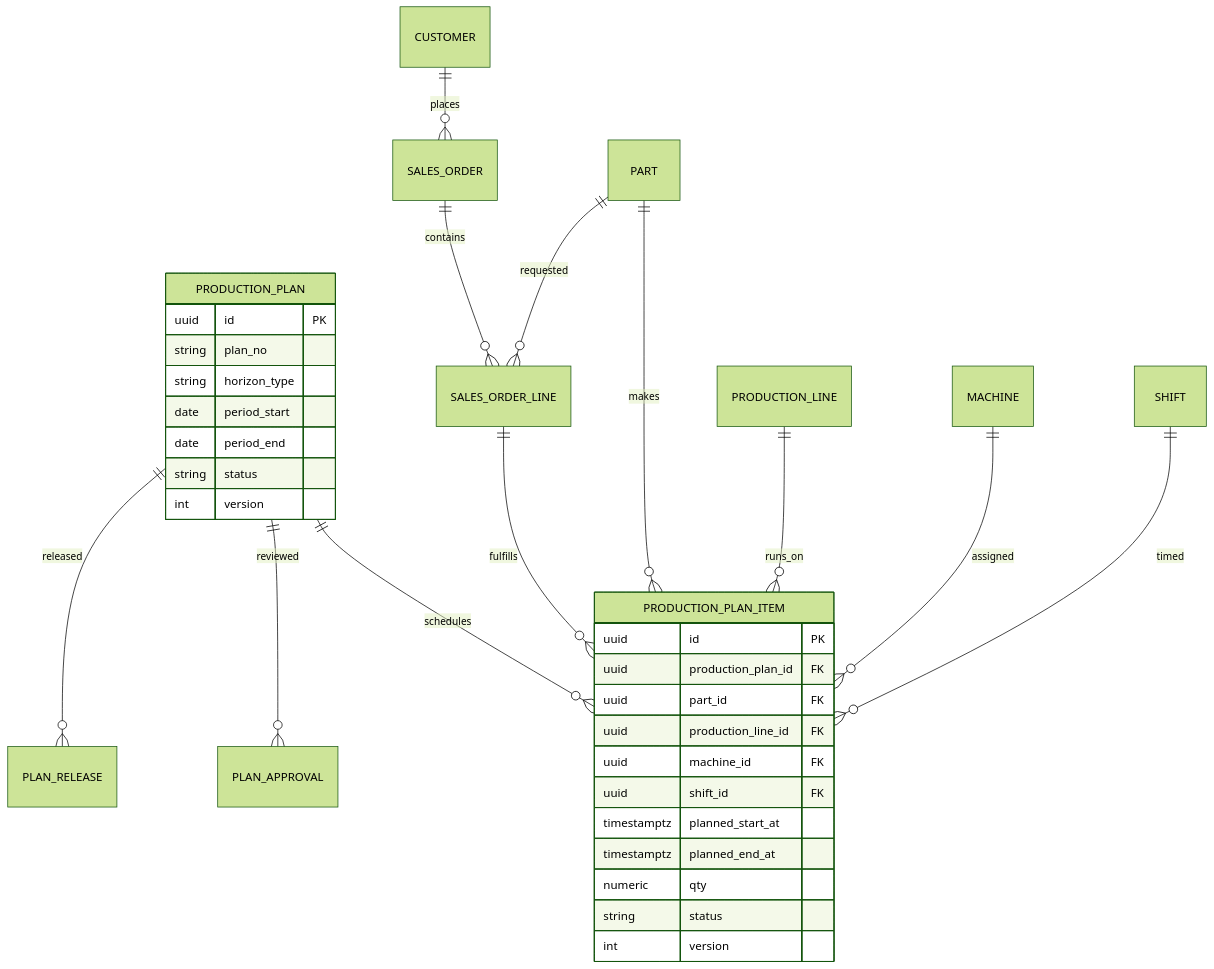
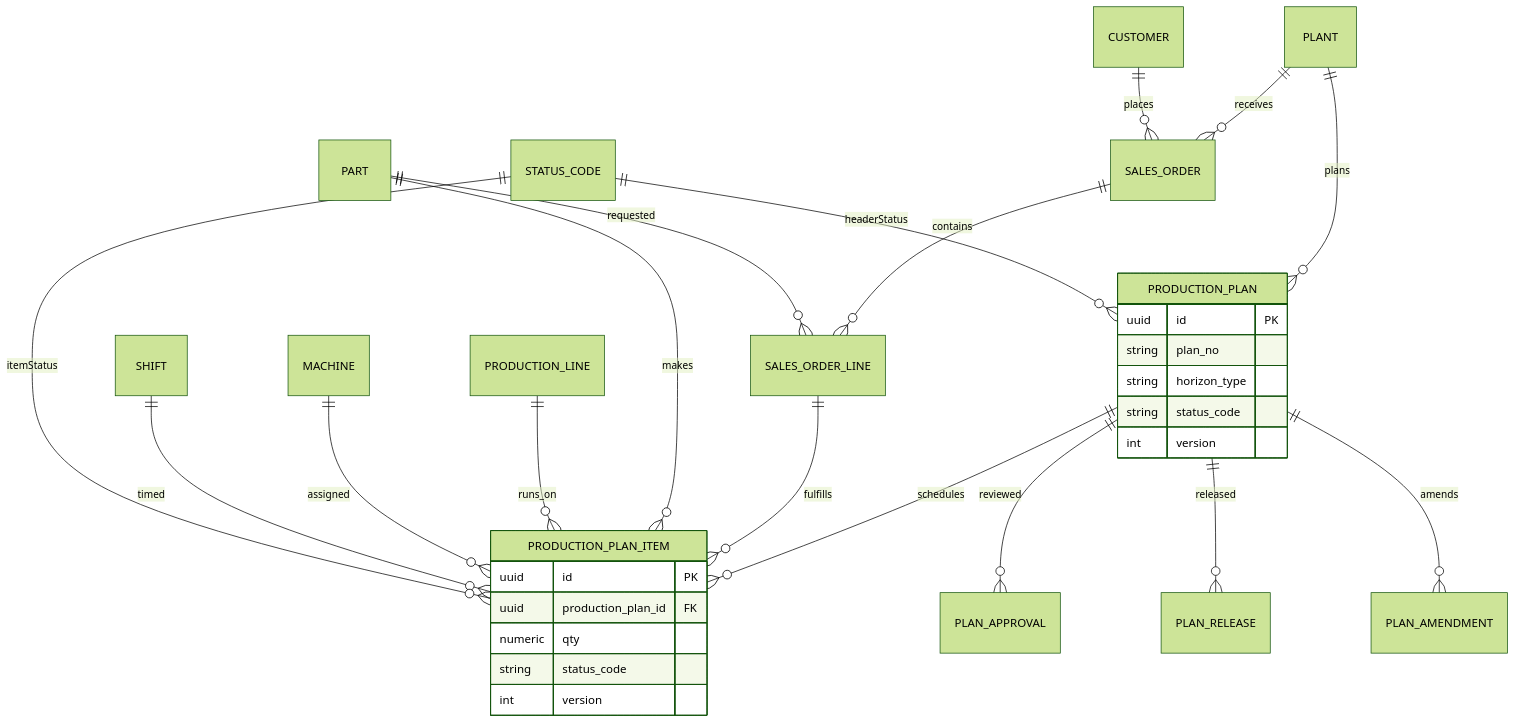
Before and after one commit to surasanetho-cmd/Factory-Operations: the third of 4 diagrams in docs/06_ER_DIAGRAM.md, drawn with Mermaid (forest theme). The commit also changed other lines of this file and 28 other files, not shown here.

First line of the commit message:
docs: review remediation — fix schema gaps and add missing standards

````diff
--- a/docs/06_ER_DIAGRAM.md
+++ b/docs/06_ER_DIAGRAM.md
@@ -84,39 +91,36 @@
 ```mermaid
 erDiagram
+  PLANT ||--o{ SALES_ORDER : receives
   CUSTOMER ||--o{ SALES_ORDER : places
   SALES_ORDER ||--o{ SALES_ORDER_LINE : contains
   PART ||--o{ SALES_ORDER_LINE : requested
 
+  PLANT ||--o{ PRODUCTION_PLAN : plans
   PRODUCTION_PLAN ||--o{ PRODUCTION_PLAN_ITEM : schedules
   PRODUCTION_PLAN ||--o{ PLAN_APPROVAL : reviewed
   PRODUCTION_PLAN ||--o{ PLAN_RELEASE : released
+  PRODUCTION_PLAN ||--o{ PLAN_AMENDMENT : amends
 
   SALES_ORDER_LINE ||--o{ PRODUCTION_PLAN_ITEM : fulfills
   PART ||--o{ PRODUCTION_PLAN_ITEM : makes
   PRODUCTION_LINE ||--o{ PRODUCTION_PLAN_ITEM : runs_on
   MACHINE ||--o{ PRODUCTION_PLAN_ITEM : assigned
   SHIFT ||--o{ PRODUCTION_PLAN_ITEM : timed
+  STATUS_CODE ||--o{ PRODUCTION_PLAN : headerStatus
+  STATUS_CODE ||--o{ PRODUCTION_PLAN_ITEM : itemStatus
 
   PRODUCTION_PLAN {
     uuid id PK
     string plan_no
     string horizon_type
-    date period_start
-    date period_end
-    string status
+    string status_code
     int version
   }
   PRODUCTION_PLAN_ITEM {
     uuid id PK
     uuid production_plan_id FK
-    uuid part_id FK
-    uuid production_line_id FK
-    uuid machine_id FK
-    uuid shift_id FK
-    timestamptz planned_start_at
-    timestamptz planned_end_at
     numeric qty
-    string status
+    string status_code
     int version
   }
 ```
````
